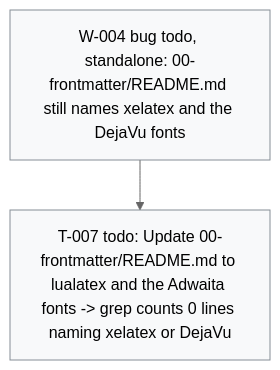
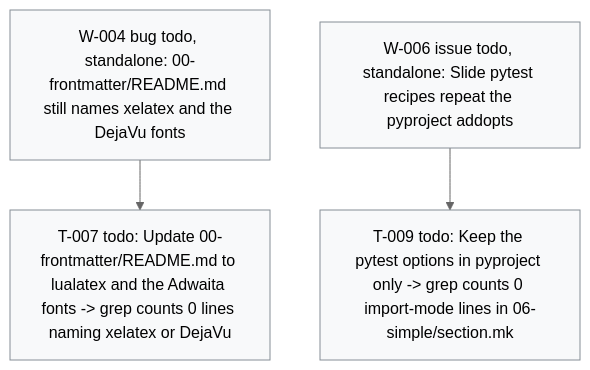
The diagram in .board/BOARD.md (dpopchev/chaos-to-simple), drawn with Mermaid (neutral theme) before and after one commit. The commit also changed other lines of this file and 3 other files, not shown here.

````diff
--- a/.board/BOARD.md
+++ b/.board/BOARD.md
@@ -41,11 +42,13 @@
 ```mermaid
 flowchart TD
   W004["W-004 bug todo, standalone: 00-frontmatter/README.md still names xelatex and the DejaVu fonts"]
   W004 --> T007["T-007 todo: Update 00-frontmatter/README.md to lualatex and the Adwaita fonts -> grep counts 0 lines naming xelatex or DejaVu"]
+  W006["W-006 issue todo, standalone: Slide pytest recipes repeat the pyproject addopts"]
+  W006 --> T009["T-009 todo: Keep the pytest options in pyproject only -> grep counts 0 import-mode lines in 06-simple/section.mk"]
   classDef doing fill:#fff3bf,stroke:#b58900,color:#000;
   classDef blocked fill:#ffe3e3,stroke:#c92a2a,color:#000;
   classDef done fill:#e6ffed,stroke:#2b8a3e,color:#000;
   classDef todo fill:#f8f9fa,stroke:#868e96,color:#000;
   classDef pruned fill:#f1f3f5,stroke:#adb5bd,color:#000;
-  class W004,T007 todo
+  class W004,T007,W006,T009 todo
 ```
````
